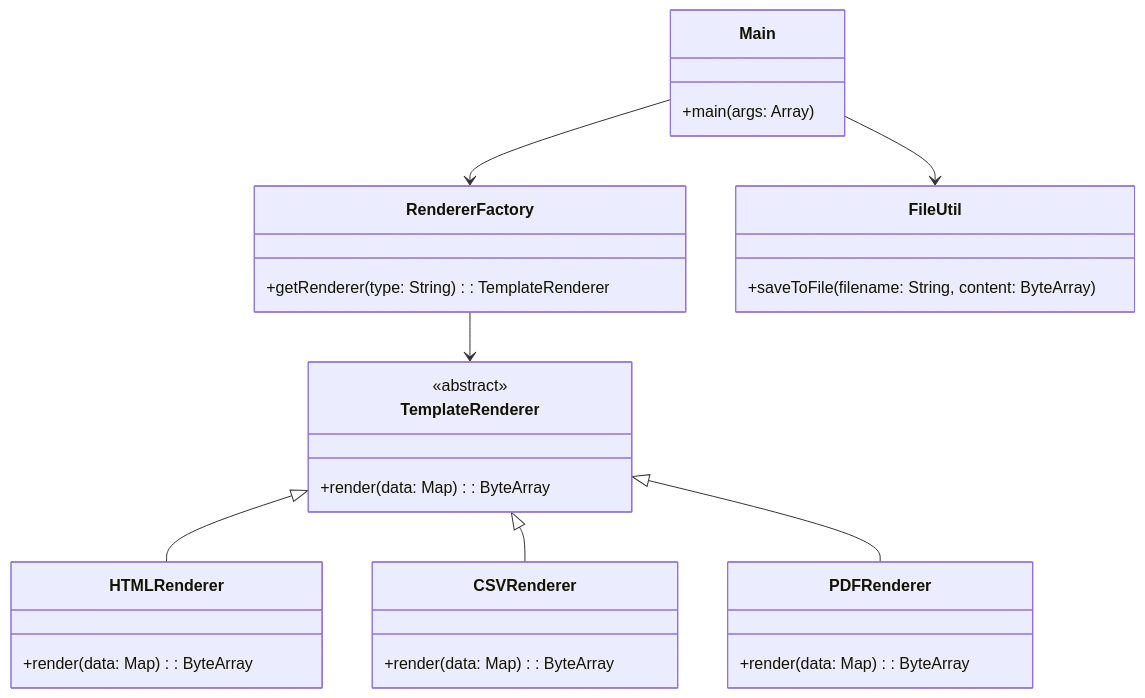
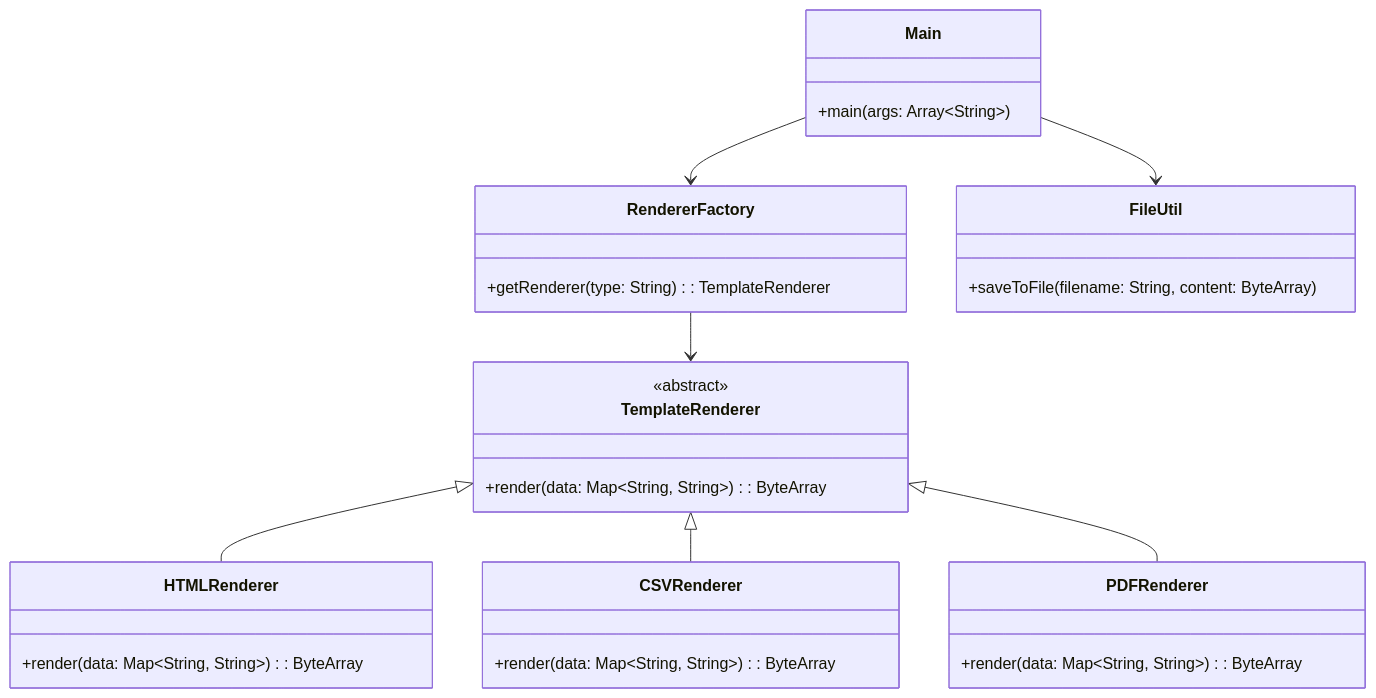
The diagram in kotlin/template-renderer/README.md (rbleggi/tech-pocs), drawn with Mermaid before and after one commit. The commit also changed other lines of this file and 14 other files, not shown here.

Commit message:
refactor kotlin template-renderer implementation

````diff
--- a/kotlin/template-renderer/README.md
+++ b/kotlin/template-renderer/README.md
@@ -24,38 +21,38 @@
 ```mermaid
 classDiagram
-   class TemplateRenderer {
-      <<abstract>>
-      +render(data: Map<String, String>): ByteArray
-   }
+    class TemplateRenderer {
+        <<abstract>>
+        +render(data: Map~String, String~): ByteArray
+    }
 
-   class HTMLRenderer {
-      +render(data: Map<String, String>): ByteArray
-   }
+    class HTMLRenderer {
+        +render(data: Map~String, String~): ByteArray
+    }
 
-   class CSVRenderer {
-      +render(data: Map<String, String>): ByteArray
-   }
+    class CSVRenderer {
+        +render(data: Map~String, String~): ByteArray
+    }
 
-   class PDFRenderer {
-      +render(data: Map<String, String>): ByteArray
-   }
+    class PDFRenderer {
+        +render(data: Map~String, String~): ByteArray
+    }
 
-   class RendererFactory {
-      +getRenderer(type: String): TemplateRenderer
-   }
+    class RendererFactory {
+        +getRenderer(type: String): TemplateRenderer
+    }
 
-   class FileUtil {
-      +saveToFile(filename: String, content: ByteArray)
-   }
+    class FileUtil {
+        +saveToFile(filename: String, content: ByteArray)
+    }
 
-   class Main {
-      +main(args: Array<String>)
-   }
+    class Main {
+        +main(args: Array~String~)
+    }
 
-   TemplateRenderer <|-- HTMLRenderer
-   TemplateRenderer <|-- CSVRenderer
-   TemplateRenderer <|-- PDFRenderer
-   RendererFactory --> TemplateRenderer
-   Main --> RendererFactory
-   Main --> FileUtil
+    TemplateRenderer <|-- HTMLRenderer
+    TemplateRenderer <|-- CSVRenderer
+    TemplateRenderer <|-- PDFRenderer
+    RendererFactory --> TemplateRenderer
+    Main --> RendererFactory
+    Main --> FileUtil
 ```
````
